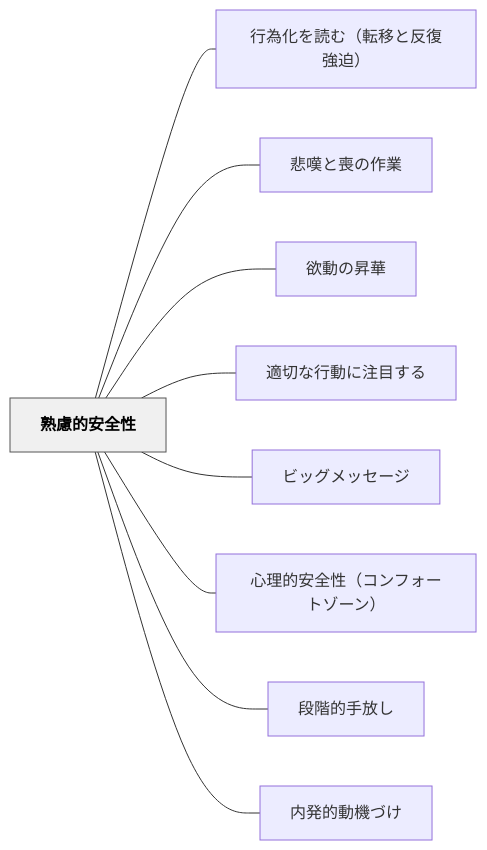
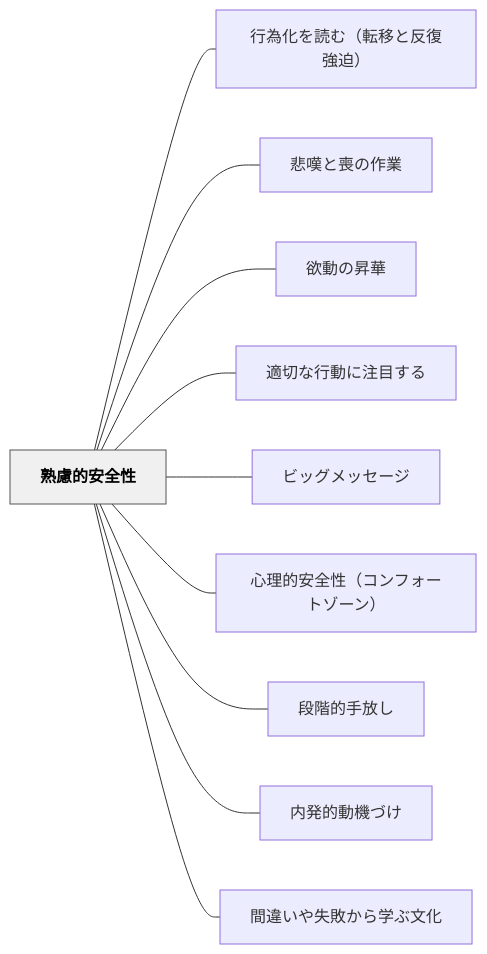
The diagram in content/パタン/熟慮的安全性.md (unknownthings-ed-patterns/unknownthings-ed-patterns), drawn with Mermaid before and after one commit. The commit also changed other lines of this file and 19 other files, not shown here.

````diff
--- a/content/パタン/熟慮的安全性.md
+++ b/content/パタン/熟慮的安全性.md
@@ -87,24 +115,26 @@
 ```mermaid
 flowchart LR
     ne7869fe685aee79a84e5ae89e585a8e680a7["熟慮的安全性"]
     ne8a18ce782bae58c96e38292e8aaade38280efbc88e8bba2e7a7bbe381a8e58f8de5bea9e5bcb7e8bfabefbc89["行為化を読む（転移と反復強迫）"]
     ne682b2e59886e381a8e596aae381aee4bd9ce6a5ad["悲嘆と喪の作業"]
     ne6acb2e58b95e381aee69887e88faf["欲動の昇華"]
     ne981a9e58887e381aae8a18ce58b95e381abe6b3a8e79baee38199e3828b["適切な行動に注目する"]
     ne38393e38383e382b0e383a1e38383e382bbe383bce382b8["ビッグメッセージ"]
     ne5bf83e79086e79a84e5ae89e585a8e680a7efbc88e382b3e383b3e38395e382a9e383bce38388e382bee383bce383b3efbc89["心理的安全性（コンフォートゾーン）"]
     ne6aeb5e99a8ee79a84e6898be694bee38197["段階的手放し"]
     ne58685e799bae79a84e58b95e6a99fe381a5e38191["内発的動機づけ"]
+    ne99693e98195e38184e38284e5a4b1e69597e3818be38289e5ada6e381b6e69687e58c96["間違いや失敗から学ぶ文化"]
 
     ne7869fe685aee79a84e5ae89e585a8e680a7 --- ne8a18ce782bae58c96e38292e8aaade38280efbc88e8bba2e7a7bbe381a8e58f8de5bea9e5bcb7e8bfabefbc89
     ne7869fe685aee79a84e5ae89e585a8e680a7 --- ne682b2e59886e381a8e596aae381aee4bd9ce6a5ad
     ne7869fe685aee79a84e5ae89e585a8e680a7 --- ne6acb2e58b95e381aee69887e88faf
     ne7869fe685aee79a84e5ae89e585a8e680a7 --- ne981a9e58887e381aae8a18ce58b95e381abe6b3a8e79baee38199e3828b
     ne7869fe685aee79a84e5ae89e585a8e680a7 --- ne38393e38383e382b0e383a1e38383e382bbe383bce382b8
     ne7869fe685aee79a84e5ae89e585a8e680a7 --- ne5bf83e79086e79a84e5ae89e585a8e680a7efbc88e382b3e383b3e38395e382a9e383bce38388e382bee383bce383b3efbc89
     ne7869fe685aee79a84e5ae89e585a8e680a7 --- ne6aeb5e99a8ee79a84e6898be694bee38197
     ne7869fe685aee79a84e5ae89e585a8e680a7 --- ne58685e799bae79a84e58b95e6a99fe381a5e38191
+    ne7869fe685aee79a84e5ae89e585a8e680a7 --- ne99693e98195e38184e38284e5a4b1e69597e3818be38289e5ada6e381b6e69687e58c96
 
     classDef hub fill:#f0f0f0,stroke:#555,color:#000,font-weight:bold
     class ne7869fe685aee79a84e5ae89e585a8e680a7 hub
 ```
````
